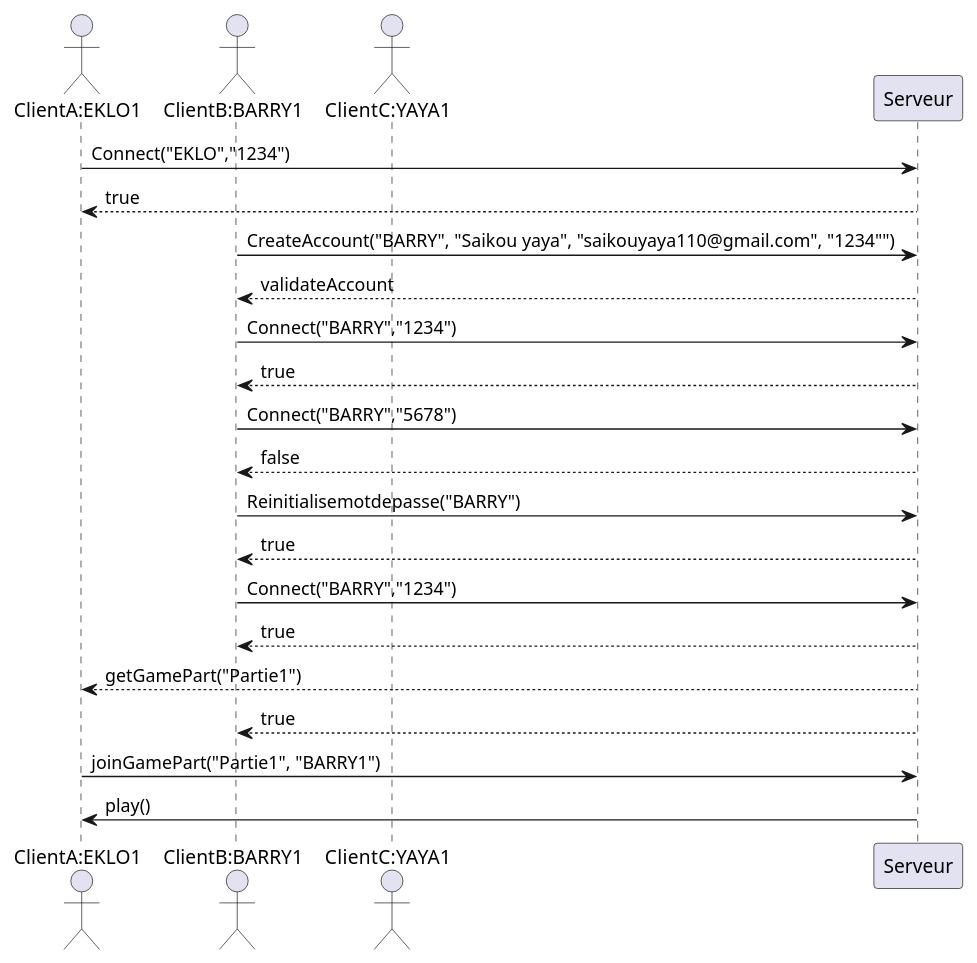
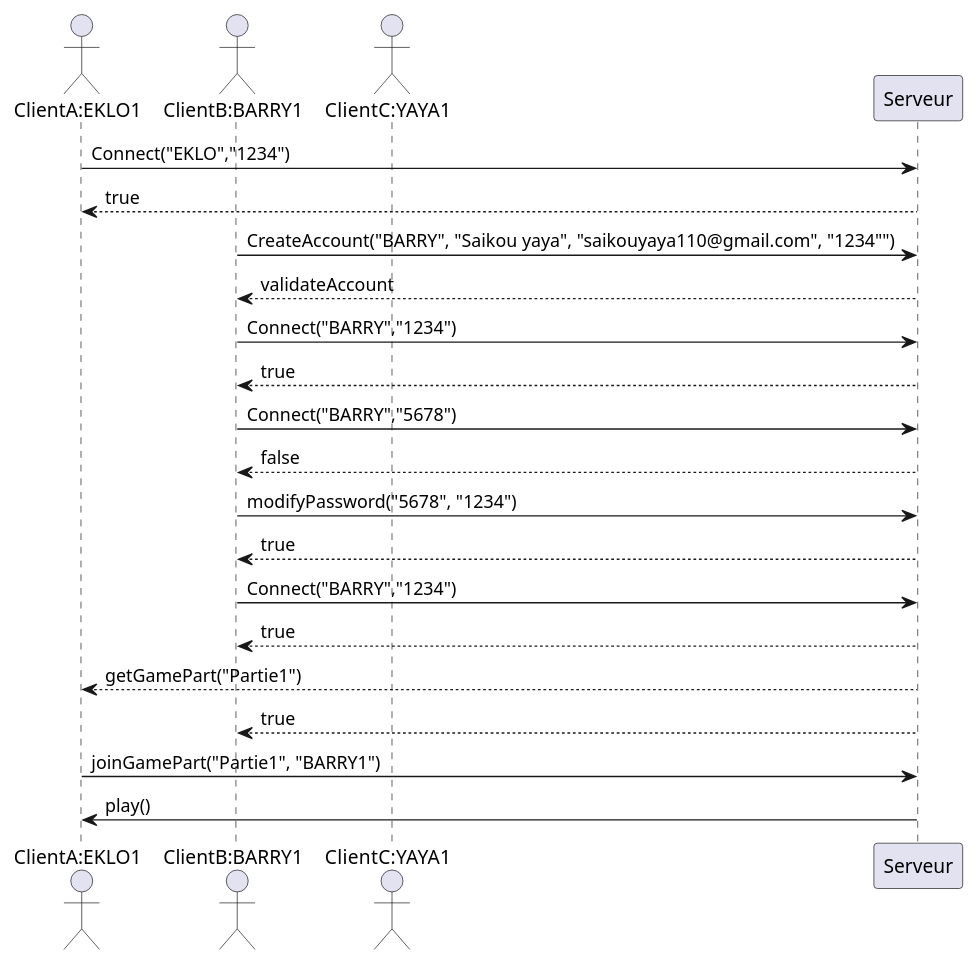
One commit to sybarry/Trivial_Pursuit_CL changed diagram 12 of 14 in trivial-doc/modules/development/pages/composants.adoc. Above: the diagram before and after it, drawn with PlantUML. The commit also changed other lines of this file, not shown here.

```diff
--- a/trivial-doc/modules/development/pages/composants.adoc
+++ b/trivial-doc/modules/development/pages/composants.adoc
@@ -378,34 +364,34 @@
 [plantuml]
 ....
 @startuml
 
 actor "ClientA:EKLO1" as C1
 actor "ClientB:BARRY1" as C2
 actor "ClientC:YAYA1" as C3
 
 C1 -> Serveur: Connect("EKLO","1234")
 Serveur --> C1 : true
 C2 -> Serveur: CreateAccount("BARRY", "Saikou yaya", "saikouyaya110@gmail.com", "1234"")
 Serveur --> C2 : validateAccount
 
 
 C2 -> Serveur: Connect("BARRY","1234")
 Serveur --> C2 : true
 
 C2 -> Serveur: Connect("BARRY","5678")
 Serveur --> C2 : false
 
-C2 -> Serveur : Reinitialisemotdepasse("BARRY")
+C2 -> Serveur : modifyPassword("5678", "1234")
 Serveur --> C2 : true
 
 C2 -> Serveur: Connect("BARRY","1234")
 Serveur --> C2 : true
 
 Serveur --> C1: getGamePart("Partie1")
 Serveur --> C2 : true
 C1 -> Serveur: joinGamePart("Partie1", "BARRY1")
 
 Serveur -> C1 : play()
 
 @enduml
 ....
```
